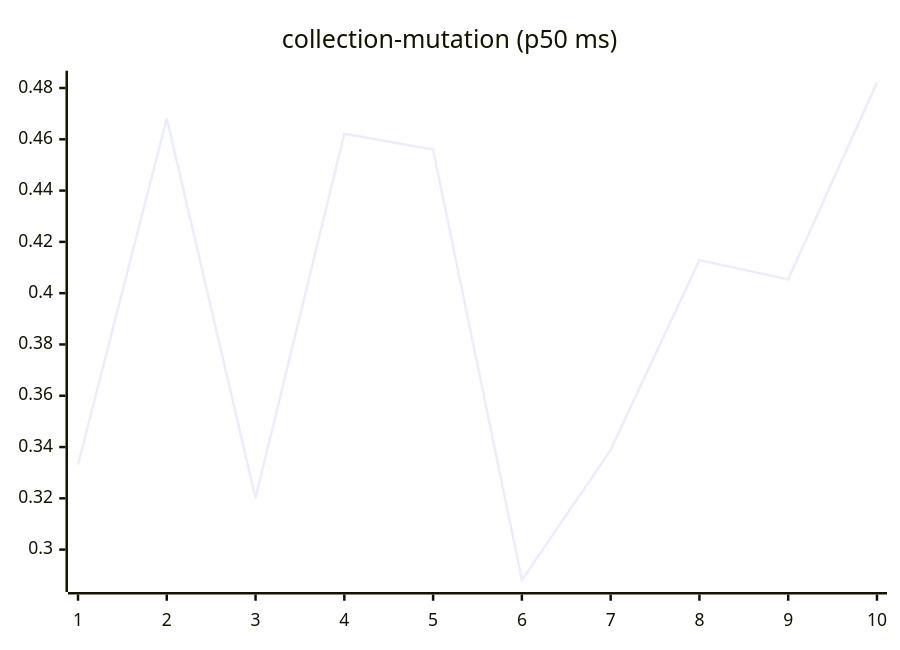
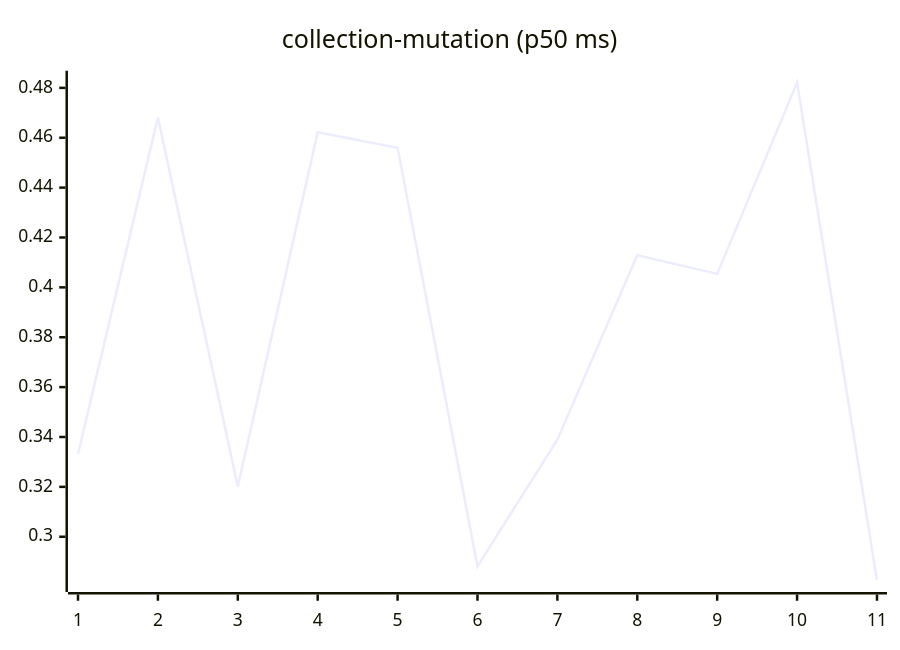
One commit to josha/Facet changed the sixth of 27 diagrams in README.md. Above: the diagram before and after it, drawn with Mermaid. The commit also changed other lines of this file and 2 other files, not shown here.

````diff
--- a/README.md
+++ b/README.md
@@ -98,6 +98,6 @@
 ```mermaid
 xychart-beta
     title "collection-mutation (p50 ms)"
-    x-axis 1 --> 10
-    line [0.3332, 0.4681, 0.3201, 0.4622, 0.4560, 0.2881, 0.3389, 0.4129, 0.4054, 0.4821]
+    x-axis 1 --> 11
+    line [0.3332, 0.4681, 0.3201, 0.4622, 0.4560, 0.2881, 0.3389, 0.4129, 0.4054, 0.4821, 0.2826]
 ```
````
